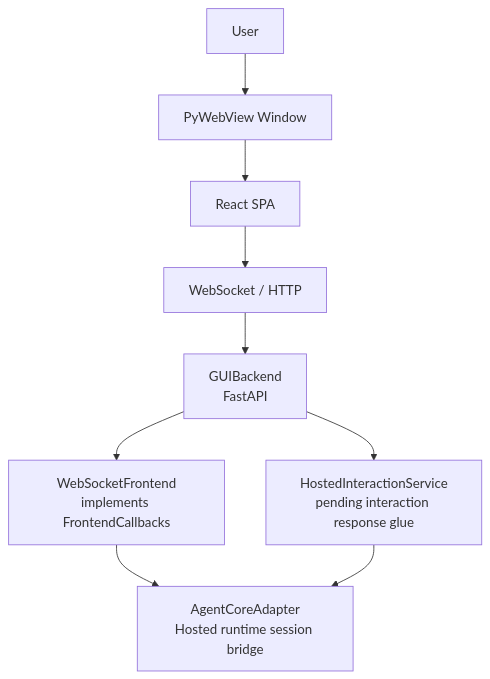
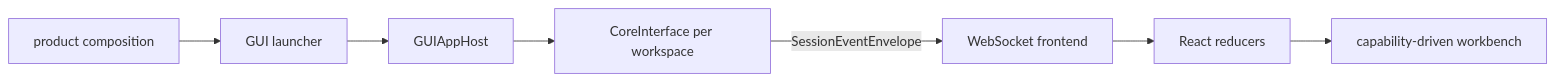
Before and after one commit to czh869452912/ccode-win7: the diagram in docs/platform/frontend-gui.md, drawn with Mermaid. The commit also changed other lines of this file and 42 other files, not shown here.

Commit message:
docs: converge current architecture authorities

````diff
--- a/docs/platform/frontend-gui.md
+++ b/docs/platform/frontend-gui.md
@@ -122,11 +30,9 @@
 ```mermaid
-flowchart TD
-    User["User"] --> Window["PyWebView Window"]
-    Window --> SPA["React SPA"]
-    SPA --> WS["WebSocket / HTTP"]
-    WS --> Backend["GUIBackend<br/>FastAPI"]
-    Backend --> WSF["WebSocketFrontend<br/>implements FrontendCallbacks"]
-    WSF --> Adapter["AgentCoreAdapter<br/>Hosted runtime session bridge"]
-    Backend --> Interaction["HostedInteractionService<br/>pending interaction response glue"]
-    Interaction --> Adapter
+flowchart LR
+    P["product composition"] --> L["GUI launcher"]
+    L --> H["GUIAppHost"]
+    H --> C["CoreInterface per workspace"]
+    C -->|SessionEventEnvelope| W["WebSocket frontend"]
+    W --> R["React reducers"]
+    R --> U["capability-driven workbench"]
 ```
````
